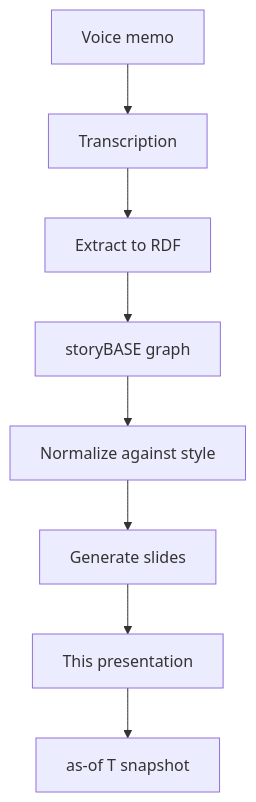
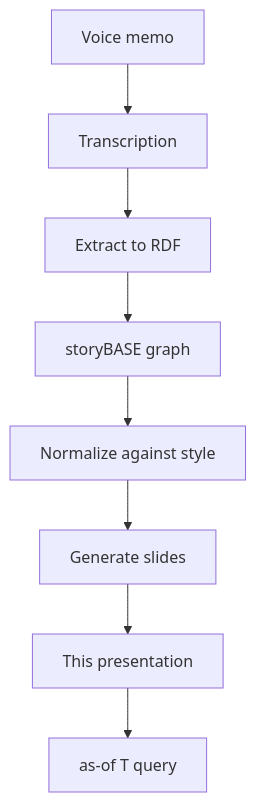
Before and after one commit to Synthetic-Identity-Co/conj-talk-2025: the fourth of 4 diagrams in conj-talk-2025.md, drawn with Mermaid. The commit also changed other lines of this file, not shown here.

````diff
--- a/conj-talk-2025.md
+++ b/conj-talk-2025.md
@@ -275,10 +270,10 @@
 ```mermaid
 graph TD
     A[Voice memo] --> B[Transcription]
     B --> C[Extract to RDF]
     C --> D[storyBASE graph]
     D --> E[Normalize against style]
     E --> F[Generate slides]
     F --> G[This presentation]
-    G --> H[as-of T snapshot]
+    G --> H[as-of T query]
 ```
````
